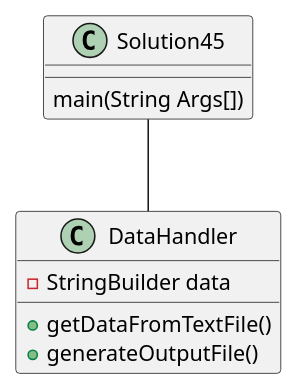
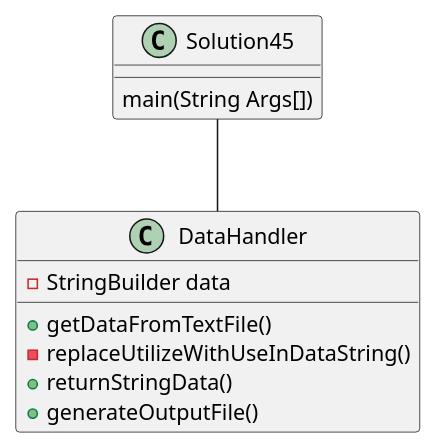
The diagram in exercise45/docs.puml (Jyke321/cordonero-a04), drawn with PlantUML before and after one commit. The commit also changed 4 other files, not shown here.

```diff
--- a/exercise45/docs.puml
+++ b/exercise45/docs.puml
@@ -1,12 +1,14 @@
 @startuml
 class Solution45 {
     main(String Args[])
 }
 class DataHandler {
     -StringBuilder data
 
     +getDataFromTextFile()
+    -replaceUtilizeWithUseInDataString()
+    +returnStringData()
     +generateOutputFile()
 }
 Solution45 -- DataHandler
 @enduml
```
